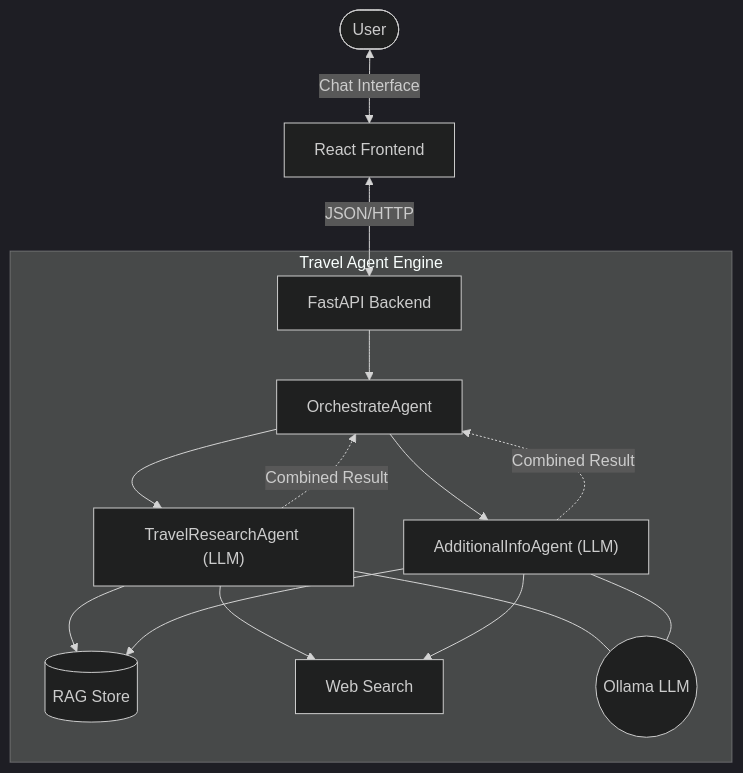
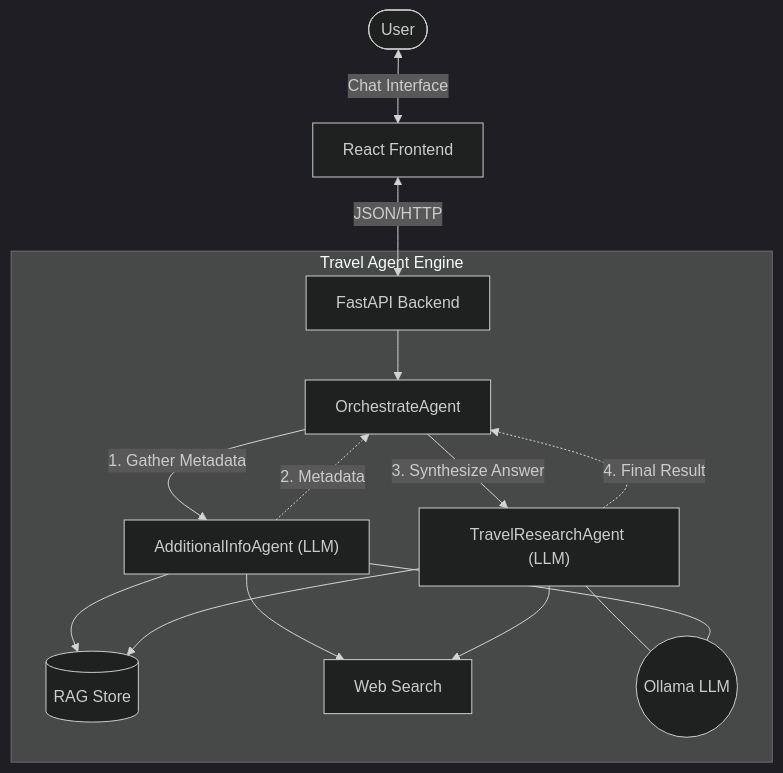
Before and after one commit to Ramya-Perumal-code/AI_trip_agent: the diagram in README.md, drawn with Mermaid (dark theme). The commit also changed other lines of this file and 1 other file, not shown here.

Commit message:
additional info is merged to the final response

````diff
--- a/README.md
+++ b/README.md
@@ -18,24 +18,24 @@
 ```mermaid
 graph TD
     User([User]) <-->|Chat Interface| Frontend[React Frontend]
     Frontend <-->|JSON/HTTP| Backend[FastAPI Backend]
     
     subgraph "Travel Agent Engine"
         Backend --> Orchestrator[OrchestrateAgent]
         
-        Orchestrator --> AgentA["TravelResearchAgent (LLM)"]
-        Orchestrator --> AgentB["AdditionalInfoAgent (LLM)"]
+        Orchestrator -- "1. Gather Metadata" --> AgentB["AdditionalInfoAgent (LLM)"]
+        AgentB --> RAG[(RAG Store)]
+        AgentB --> Web[Web Search]
         
-        AgentA --> RAG[(RAG Store)]
-        AgentA --> Web[Web Search]
+        AgentB -. "2. Metadata" .-> Orchestrator
         
-        AgentB --> RAG
-        AgentB --> Web
+        Orchestrator -- "3. Synthesize Answer" --> AgentA["TravelResearchAgent (LLM)"]
+        AgentA --> RAG
+        AgentA --> Web
+        
+        AgentA -. "4. Final Result" .-> Orchestrator
         
         AgentA --- LLM((Ollama LLM))
         AgentB --- LLM
     end
-    
-    AgentA -.->|Combined Result| Orchestrator
-    AgentB -.->|Combined Result| Orchestrator
 ```
````
